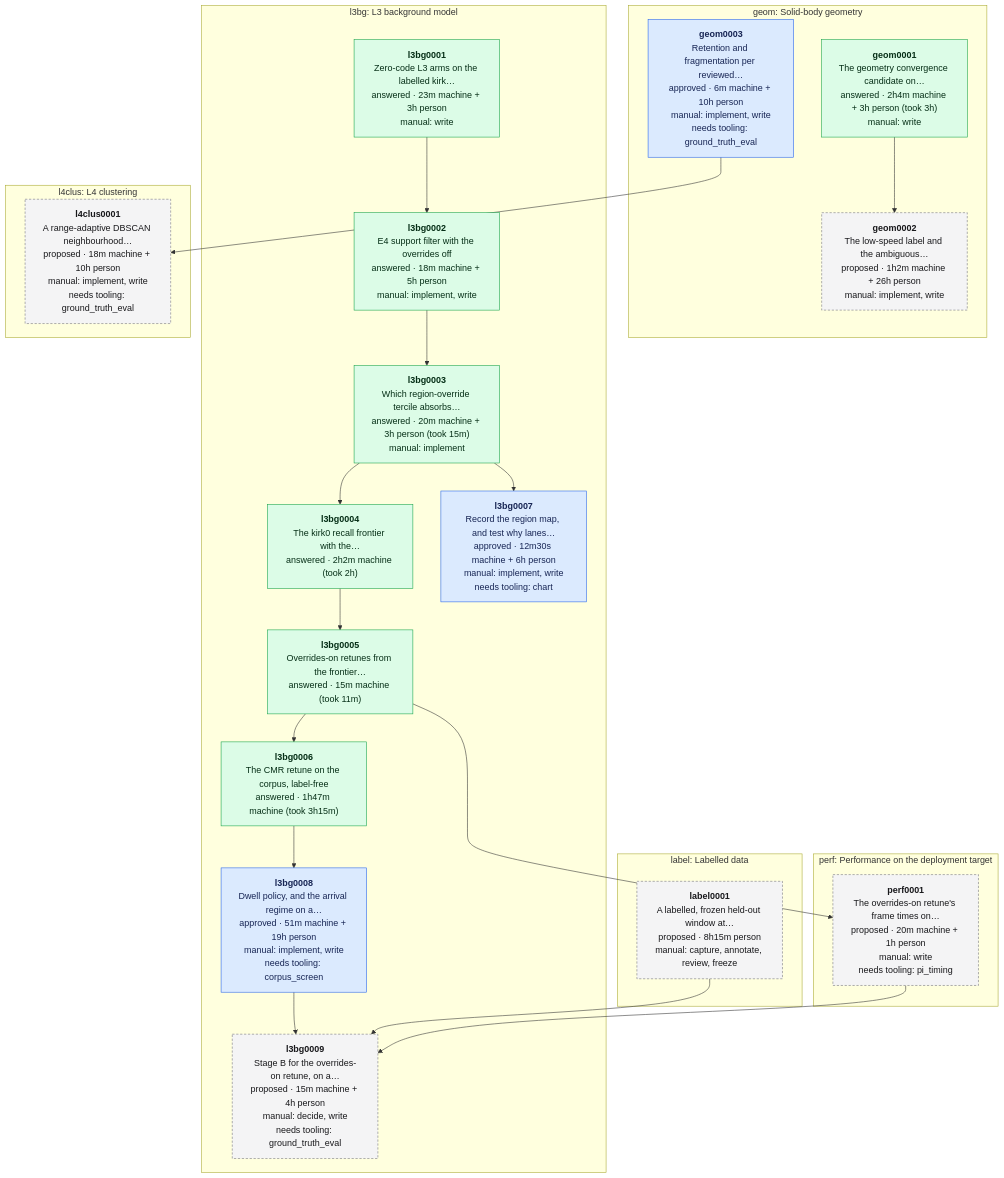
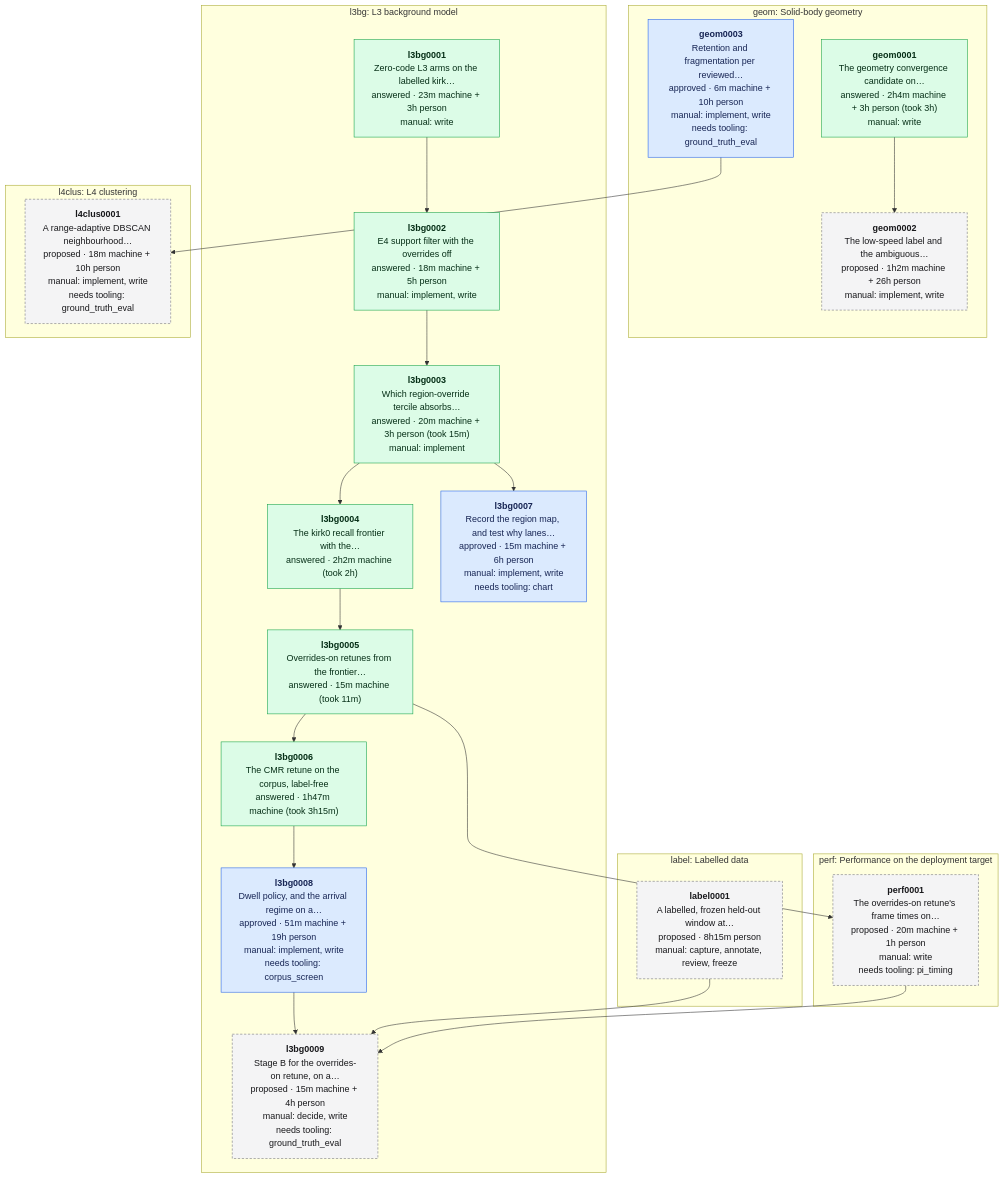
Before and after one commit to banshee-data/velocity.report: the diagram in data/experiments/DEPENDENCIES.md, drawn with Mermaid. The commit also changed other lines of this file and 2 other files, not shown here.

````diff
--- a/data/experiments/DEPENDENCIES.md
+++ b/data/experiments/DEPENDENCIES.md
@@ -7,45 +7,45 @@
 ```mermaid
 flowchart TB
   classDef proposed fill:#f4f4f5,stroke:#71717a,stroke-dasharray:4 3,color:#18181b
   classDef approved fill:#dbeafe,stroke:#2563eb,color:#172554
   classDef answered fill:#dcfce7,stroke:#16a34a,color:#052e16
   classDef retired fill:#fafafa,stroke:#d4d4d8,color:#71717a
   subgraph area_geom ["geom: Solid-body geometry"]
     geom0001["<b>geom0001</b><br/>The geometry convergence candidate on…<br/>answered · 2h4m machine + 3h person (took 3h)<br/>manual: write"]:::answered
     geom0002["<b>geom0002</b><br/>The low-speed label and the ambiguous…<br/>proposed · 1h2m machine + 26h person<br/>manual: implement, write"]:::proposed
     geom0003["<b>geom0003</b><br/>Retention and fragmentation per reviewed…<br/>approved · 6m machine + 10h person<br/>manual: implement, write<br/>needs tooling: ground_truth_eval"]:::approved
   end
   subgraph area_l3bg ["l3bg: L3 background model"]
     l3bg0001["<b>l3bg0001</b><br/>Zero-code L3 arms on the labelled kirk…<br/>answered · 23m machine + 3h person<br/>manual: write"]:::answered
     l3bg0002["<b>l3bg0002</b><br/>E4 support filter with the overrides off<br/>answered · 18m machine + 5h person<br/>manual: implement, write"]:::answered
     l3bg0003["<b>l3bg0003</b><br/>Which region-override tercile absorbs…<br/>answered · 20m machine + 3h person (took 15m)<br/>manual: implement"]:::answered
     l3bg0004["<b>l3bg0004</b><br/>The kirk0 recall frontier with the…<br/>answered · 2h2m machine (took 2h)"]:::answered
     l3bg0005["<b>l3bg0005</b><br/>Overrides-on retunes from the frontier…<br/>answered · 15m machine (took 11m)"]:::answered
     l3bg0006["<b>l3bg0006</b><br/>The CMR retune on the corpus, label-free<br/>answered · 1h47m machine (took 3h15m)"]:::answered
-    l3bg0007["<b>l3bg0007</b><br/>Record the region map, and test why lanes…<br/>approved · 12m30s machine + 6h person<br/>manual: implement, write<br/>needs tooling: chart"]:::approved
+    l3bg0007["<b>l3bg0007</b><br/>Record the region map, and test why lanes…<br/>approved · 15m machine + 6h person<br/>manual: implement, write<br/>needs tooling: chart"]:::approved
     l3bg0008["<b>l3bg0008</b><br/>Dwell policy, and the arrival regime on a…<br/>approved · 51m machine + 19h person<br/>manual: implement, write<br/>needs tooling: corpus_screen"]:::approved
     l3bg0009["<b>l3bg0009</b><br/>Stage B for the overrides-on retune, on a…<br/>proposed · 15m machine + 4h person<br/>manual: decide, write<br/>needs tooling: ground_truth_eval"]:::proposed
   end
   subgraph area_l4clus ["l4clus: L4 clustering"]
     l4clus0001["<b>l4clus0001</b><br/>A range-adaptive DBSCAN neighbourhood…<br/>proposed · 18m machine + 10h person<br/>manual: implement, write<br/>needs tooling: ground_truth_eval"]:::proposed
   end
   subgraph area_label ["label: Labelled data"]
     label0001["<b>label0001</b><br/>A labelled, frozen held-out window at…<br/>proposed · 8h15m person<br/>manual: capture, annotate, review, freeze"]:::proposed
   end
   subgraph area_perf ["perf: Performance on the deployment target"]
     perf0001["<b>perf0001</b><br/>The overrides-on retune's frame times on…<br/>proposed · 20m machine + 1h person<br/>manual: write<br/>needs tooling: pi_timing"]:::proposed
   end
   geom0001 --> geom0002
   l3bg0001 --> l3bg0002
   l3bg0002 --> l3bg0003
   l3bg0003 --> l3bg0004
   l3bg0004 --> l3bg0005
   l3bg0005 --> l3bg0006
   l3bg0003 --> l3bg0007
   l3bg0006 --> l3bg0008
   l3bg0008 --> l3bg0009
   label0001 --> l3bg0009
   perf0001 --> l3bg0009
   geom0003 --> l4clus0001
   l3bg0005 --> perf0001
 ```
````
